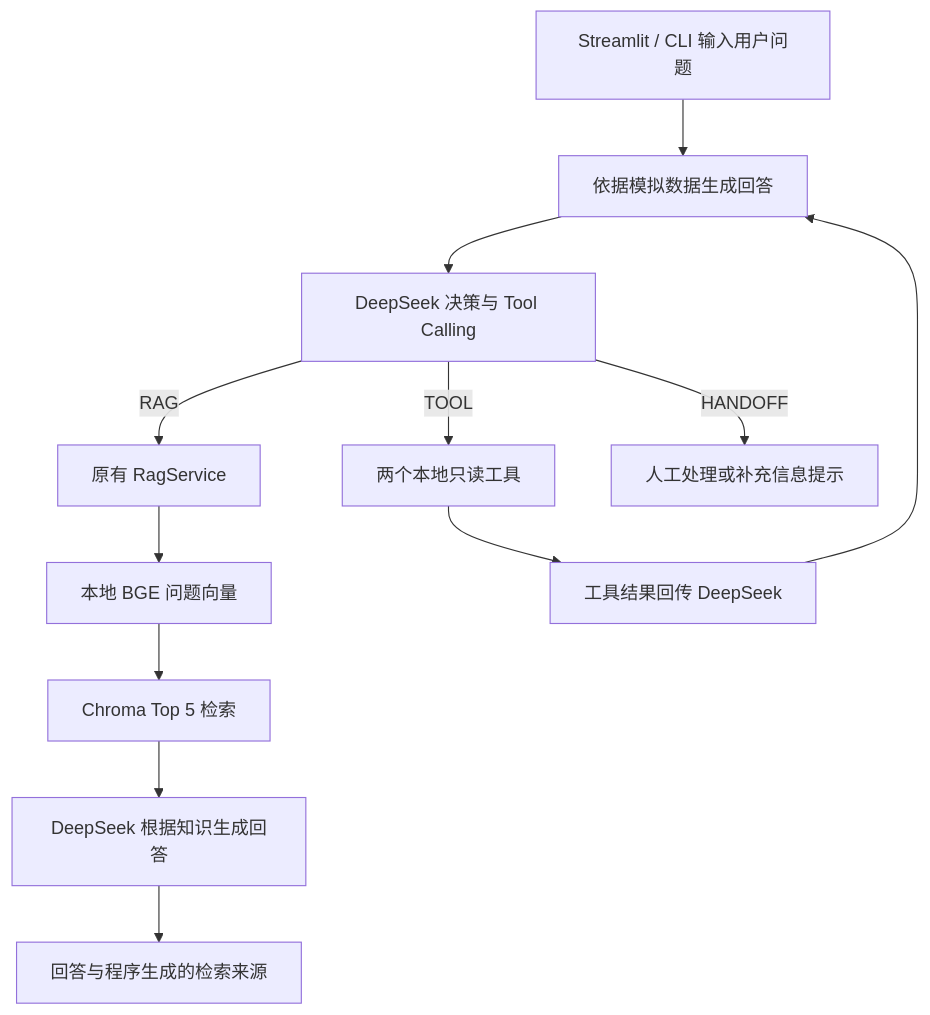
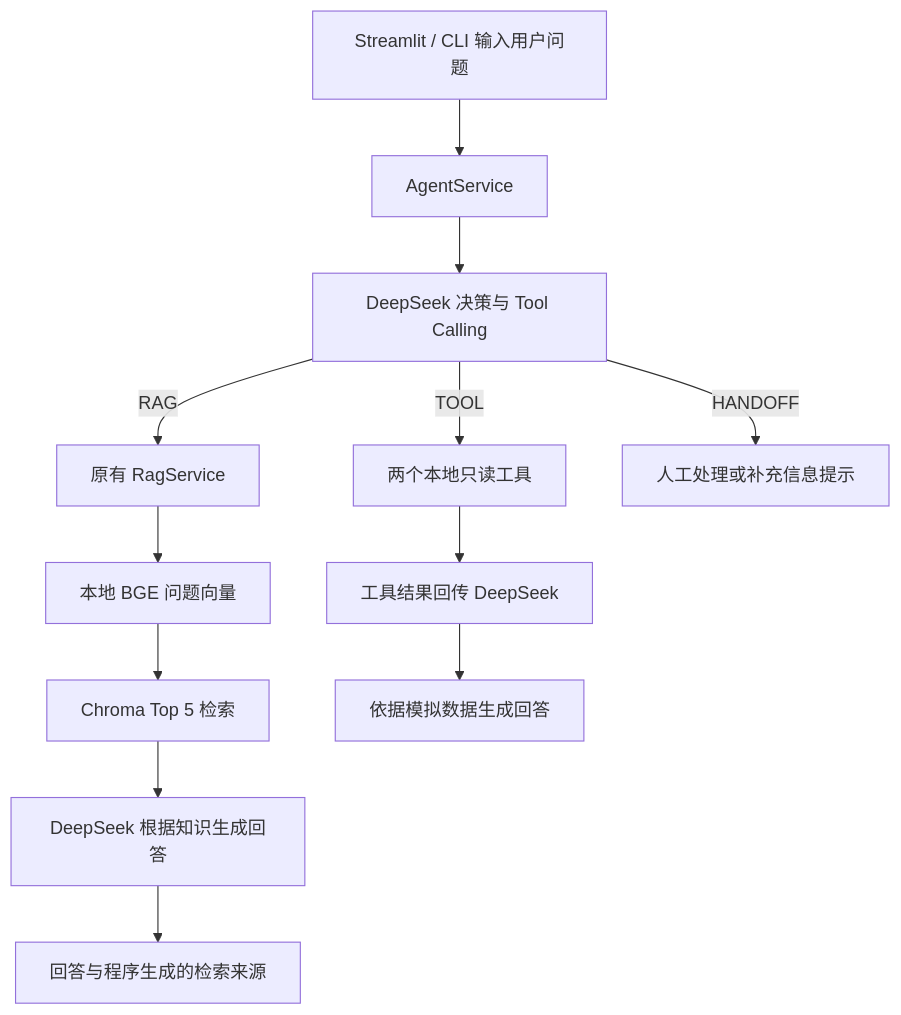
Before and after one commit to Enavant0/aura-labs-ai-customer-service-agent: the diagram in PROJECT_STATUS.md, drawn with Mermaid. The commit also changed other lines of this file and 12 other files, not shown here.

````diff
--- a/PROJECT_STATUS.md
+++ b/PROJECT_STATUS.md
@@ -21,14 +21,14 @@
 ```mermaid
 flowchart TD
     U[Streamlit / CLI 输入用户问题] --> A[AgentService]
     A --> D[DeepSeek 决策与 Tool Calling]
     D -->|RAG| R[原有 RagService]
     R --> E[本地 BGE 问题向量]
     E --> C[Chroma Top 5 检索]
     C --> G[DeepSeek 根据知识生成回答]
     G --> S[回答与程序生成的检索来源]
     D -->|TOOL| T[两个本地只读工具]
     T --> F[工具结果回传 DeepSeek]
-    F --> A[依据模拟数据生成回答]
+    F --> TA[依据模拟数据生成回答]
     D -->|HANDOFF| H[人工处理或补充信息提示]
 ```
````
